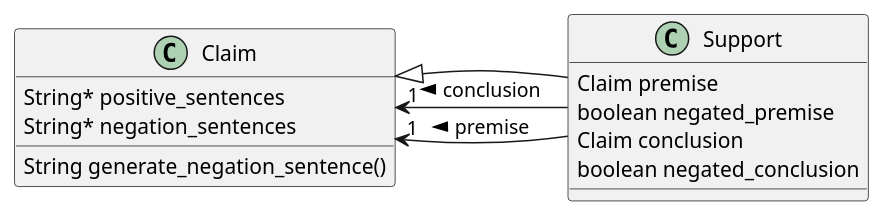
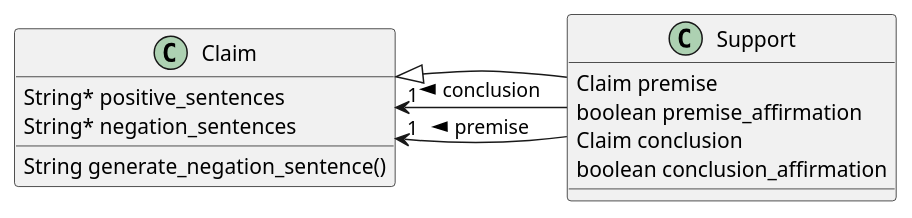
Before and after one commit to canonical-debate-lab/cd-domain-model: the diagram in diagram/steven.puml, drawn with PlantUML. The commit also changed 1 other file, not shown here.

```diff
--- a/diagram/steven.puml
+++ b/diagram/steven.puml
@@ -1,21 +1,21 @@
 @startuml
 
 class Claim {
   String* positive_sentences
   String* negation_sentences
   String generate_negation_sentence()
 }
 
 class Support {
   Claim premise
-  boolean negated_premise
+  boolean premise_affirmation
   Claim conclusion
-  boolean negated_conclusion
+  boolean conclusion_affirmation
 }
 
 Claim "1" <- Support: < premise 
 Claim "1" <- Support: < conclusion
 
 Claim <|-- Support
 
 @enduml
```
